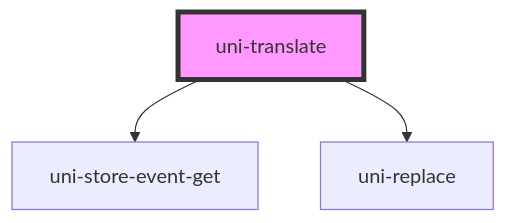
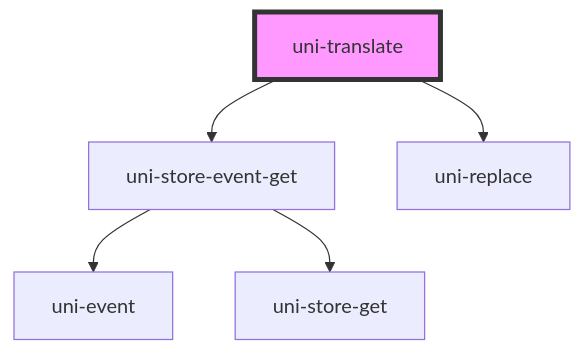
One commit to uiregex/uni-localize changed the diagram in src/translate/components/@main/readme.md. Above: the diagram before and after it, drawn with Mermaid. The commit also changed other lines of this file and 16 other files, not shown here.

````diff
--- a/src/translate/components/@main/readme.md
+++ b/src/translate/components/@main/readme.md
@@ -30,6 +29,8 @@
 ```mermaid
 graph TD;
   uni-translate --> uni-store-event-get
   uni-translate --> uni-replace
+  uni-store-event-get --> uni-event
+  uni-store-event-get --> uni-store-get
   style uni-translate fill:#f9f,stroke:#333,stroke-width:4px
 ```
````
